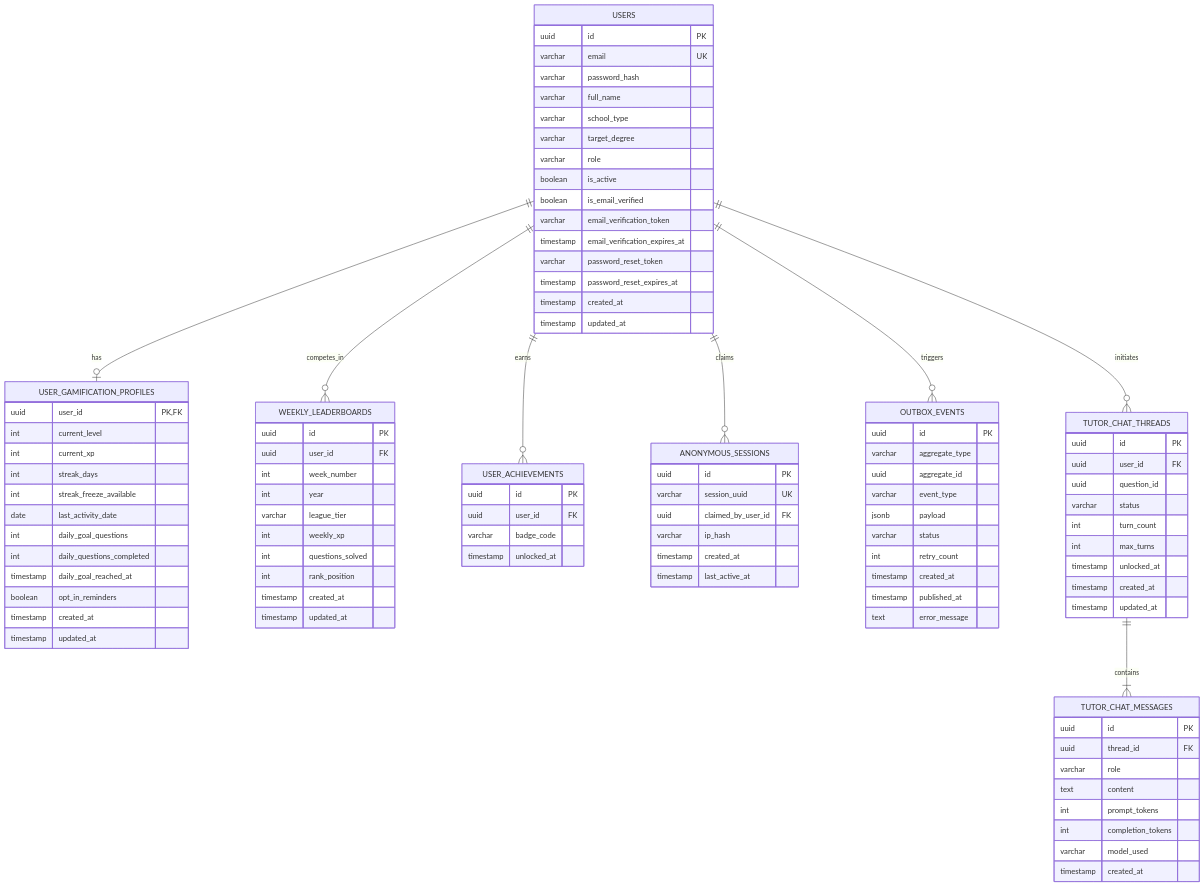
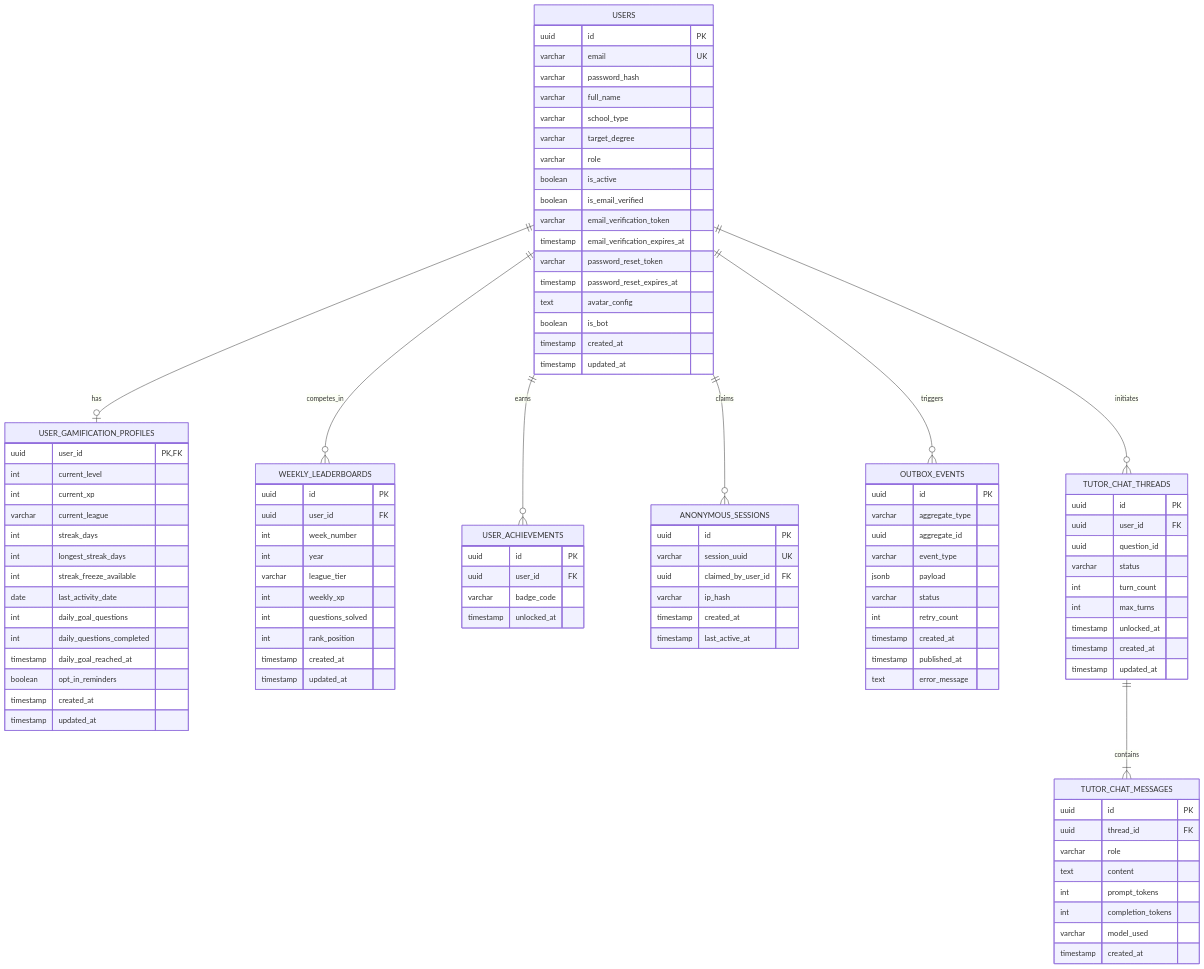
Before and after one commit to Veras-D/AprovaENEM: the fourth of 7 diagrams in docs/specifications/04-data-modeling.md, drawn with Mermaid. The commit also changed other lines of this file and 6 other files, not shown here.

Commit message:
docs(spec): synchronize API specs, data models, architecture, and Postman collection (S6-48)

```diff
--- a/docs/specifications/04-data-modeling.md
+++ b/docs/specifications/04-data-modeling.md
@@ -359,6 +364,8 @@
         timestamp email_verification_expires_at
         varchar password_reset_token
         timestamp password_reset_expires_at
+        text avatar_config
+        boolean is_bot
         timestamp created_at
         timestamp updated_at
     }
@@ -376,7 +383,9 @@
         uuid user_id PK,FK
         int current_level
         int current_xp
+        varchar current_league
         int streak_days
+        int longest_streak_days
         int streak_freeze_available
         date last_activity_date
         int daily_goal_questions
```
